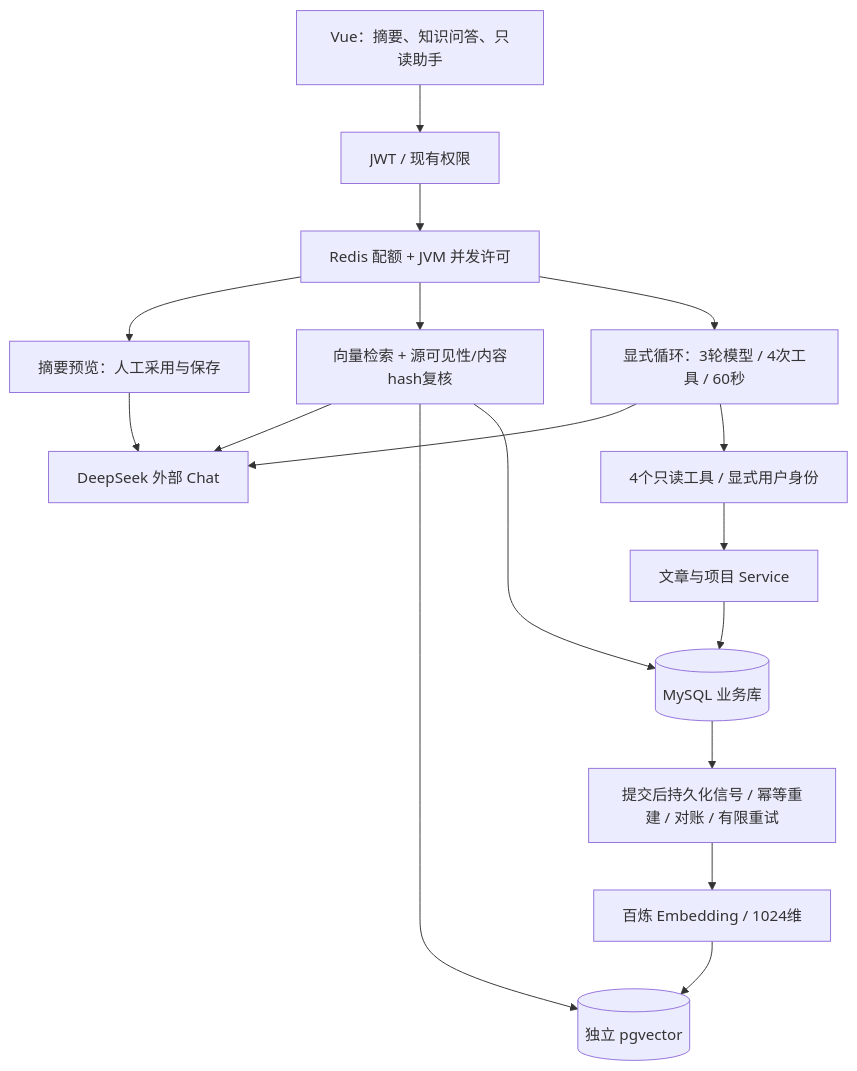
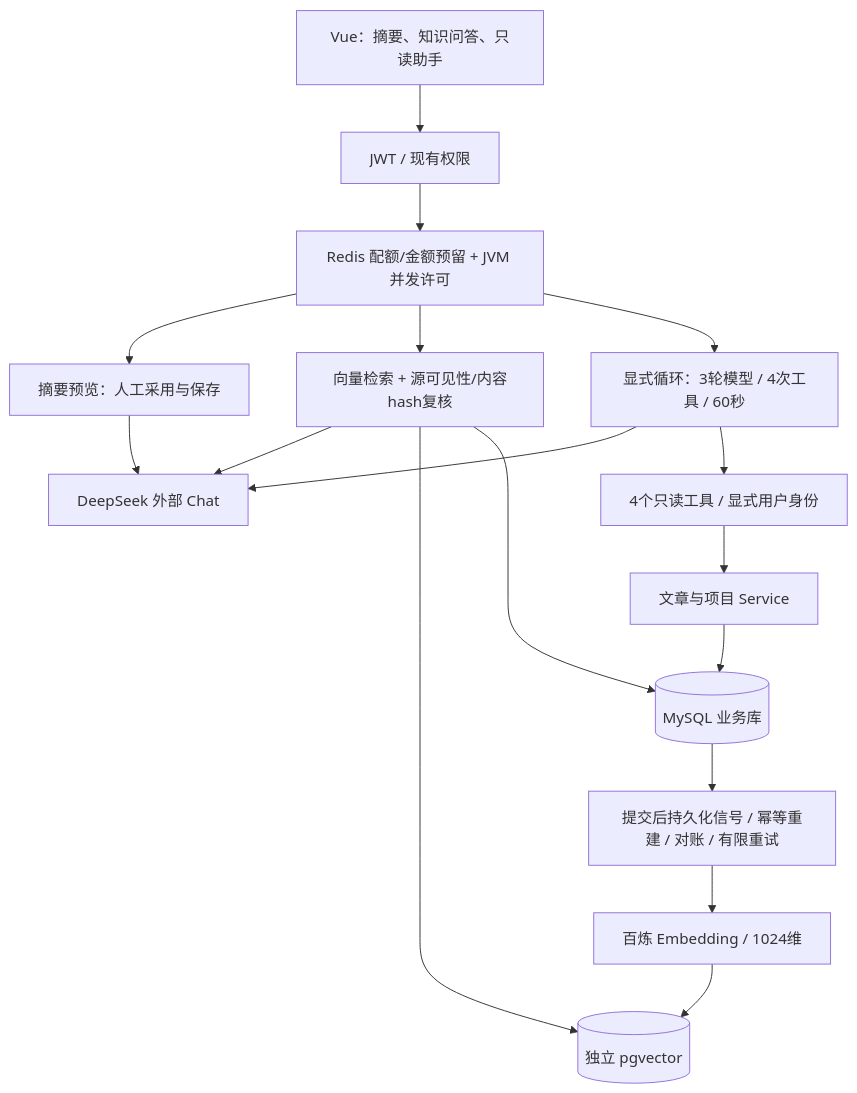
The diagram in docs/ai/architecture.md (yufeichi1/yufeichi-platform), drawn with Mermaid before and after one commit. The commit also changed other lines of this file and 12 other files, not shown here.

````diff
--- a/docs/ai/architecture.md
+++ b/docs/ai/architecture.md
@@ -5,19 +5,19 @@
 ```mermaid
 flowchart TD
     UI[Vue：摘要、知识问答、只读助手] --> Auth[JWT / 现有权限]
-    Auth --> Guard[Redis 配额 + JVM 并发许可]
+    Auth --> Guard[Redis 配额/金额预留 + JVM 并发许可]
     Guard --> Summary[摘要预览：人工采用与保存]
     Guard --> Rag[向量检索 + 源可见性/内容hash复核]
     Guard --> Agent[显式循环：3轮模型 / 4次工具 / 60秒]
     Summary --> Chat[DeepSeek 外部 Chat]
     Rag --> Chat
     Agent --> Chat
     Agent --> Tools[4个只读工具 / 显式用户身份]
     Tools --> Business[文章与项目 Service]
     Business --> MySQL[(MySQL 业务库)]
     Rag --> PG[(独立 pgvector)]
     Rag --> MySQL
     MySQL --> Sync[提交后持久化信号 / 幂等重建 / 对账 / 有限重试]
     Sync --> Embed[百炼 Embedding / 1024维]
     Embed --> PG
 ```
````
